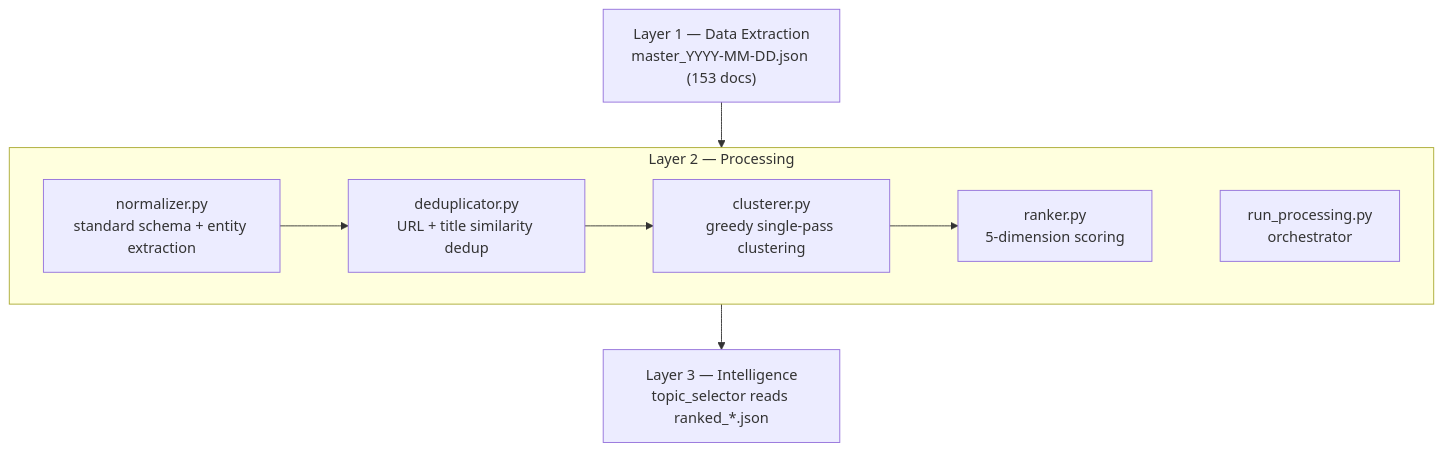
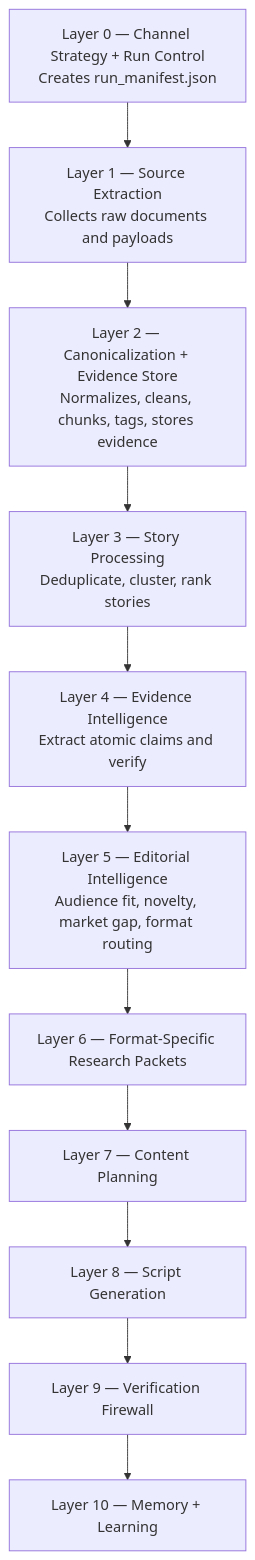
The first of 2 diagrams in docs/system_design_docs/layer_2.md (Eswar021/ai-news-pipeline), drawn with Mermaid before and after one commit. The commit also changed other lines of this file and 19 other files, not shown here.

Commit message:
new architecture design docs added

````diff
--- a/docs/system_design_docs/layer_2.md
+++ b/docs/system_design_docs/layer_2.md
@@ -32,19 +79,16 @@
-```mermaid
+```mermaid id="nmxkzw"
 flowchart TB
-    L1["Layer 1 — Data Extraction\nmaster_YYYY-MM-DD.json (153 docs)"]
+    L0["Layer 0 — Channel Strategy + Run Control<br/>Creates run_manifest.json"]
+    L1["Layer 1 — Source Extraction<br/>Collects raw documents and payloads"]
+    L2["Layer 2 — Canonicalization + Evidence Store<br/>Normalizes, cleans, chunks, tags, stores evidence"]
+    L3["Layer 3 — Story Processing<br/>Deduplicate, cluster, rank stories"]
+    L4["Layer 4 — Evidence Intelligence<br/>Extract atomic claims and verify"]
+    L5["Layer 5 — Editorial Intelligence<br/>Audience fit, novelty, market gap, format routing"]
+    L6["Layer 6 — Format-Specific Research Packets"]
+    L7["Layer 7 — Content Planning"]
+    L8["Layer 8 — Script Generation"]
+    L9["Layer 9 — Verification Firewall"]
+    L10["Layer 10 — Memory + Learning"]
 
-    subgraph L2["Layer 2 — Processing"]
-        N["normalizer.py\nstandard schema + entity extraction"]
-        D["deduplicator.py\nURL + title similarity dedup"]
-        C["clusterer.py\ngreedy single-pass clustering"]
-        R["ranker.py\n5-dimension scoring"]
-        O["run_processing.py\norchestrator"]
-        N --> D --> C --> R
-        R ~~~ O
-    end
-
-    L3["Layer 3 — Intelligence\ntopic_selector reads ranked_*.json"]
-
-    L1 --> L2
-    L2 --> L3
+    L0 --> L1 --> L2 --> L3 --> L4 --> L5 --> L6 --> L7 --> L8 --> L9 --> L10
 ```
````
